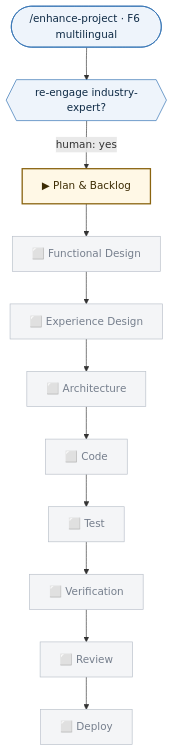
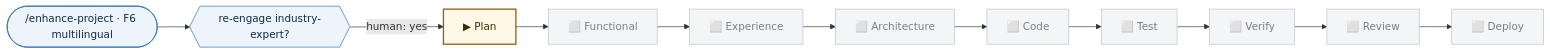
The sixth of 7 diagrams in admin/samples/PIPELINE_WALKTHROUGH.md (tandonakhil/AICluadeCode), drawn with Mermaid before and after one commit. The commit also changed other lines of this file and 7 other files, not shown here.

First line of the commit message:
Pipeline visibility: /ProjectStatus, portfolio graphs, LR layout, mandatory report-out

````diff
--- a/admin/samples/PIPELINE_WALKTHROUGH.md
+++ b/admin/samples/PIPELINE_WALKTHROUGH.md
@@ -353,15 +353,15 @@
 ```mermaid
-flowchart TD
+flowchart LR
   S(["/enhance-project · F6 multilingual"]) --> R{{"re-engage industry-expert?"}}
-  R -->|"human: yes"| E3["▶ Plan &amp; Backlog"]
-  E3 --> E4["⬜ Functional Design"] --> E5["⬜ Experience Design"]
+  R -->|"human: yes"| E3["▶ Plan"]
+  E3 --> E4["⬜ Functional"] --> E5["⬜ Experience"]
   E5 --> E6["⬜ Architecture"] --> E7["⬜ Code"] --> E8["⬜ Test"]
-  E8 --> E9["⬜ Verification"] --> E10["⬜ Review"] --> E11["⬜ Deploy"]
+  E8 --> E9["⬜ Verify"] --> E10["⬜ Review"] --> E11["⬜ Deploy"]
 
   classDef active  fill:#fff8e6,stroke:#8a6410,stroke-width:2px,color:#3d2c04
   classDef pending fill:#f4f5f7,stroke:#b8bfc9,color:#767f8d
   classDef term    fill:#eef4fb,stroke:#2b6cb0,color:#0f2b46
   class E3 active
   class E4,E5,E6,E7,E8,E9,E10,E11 pending
   class S,R term
 ```
````
